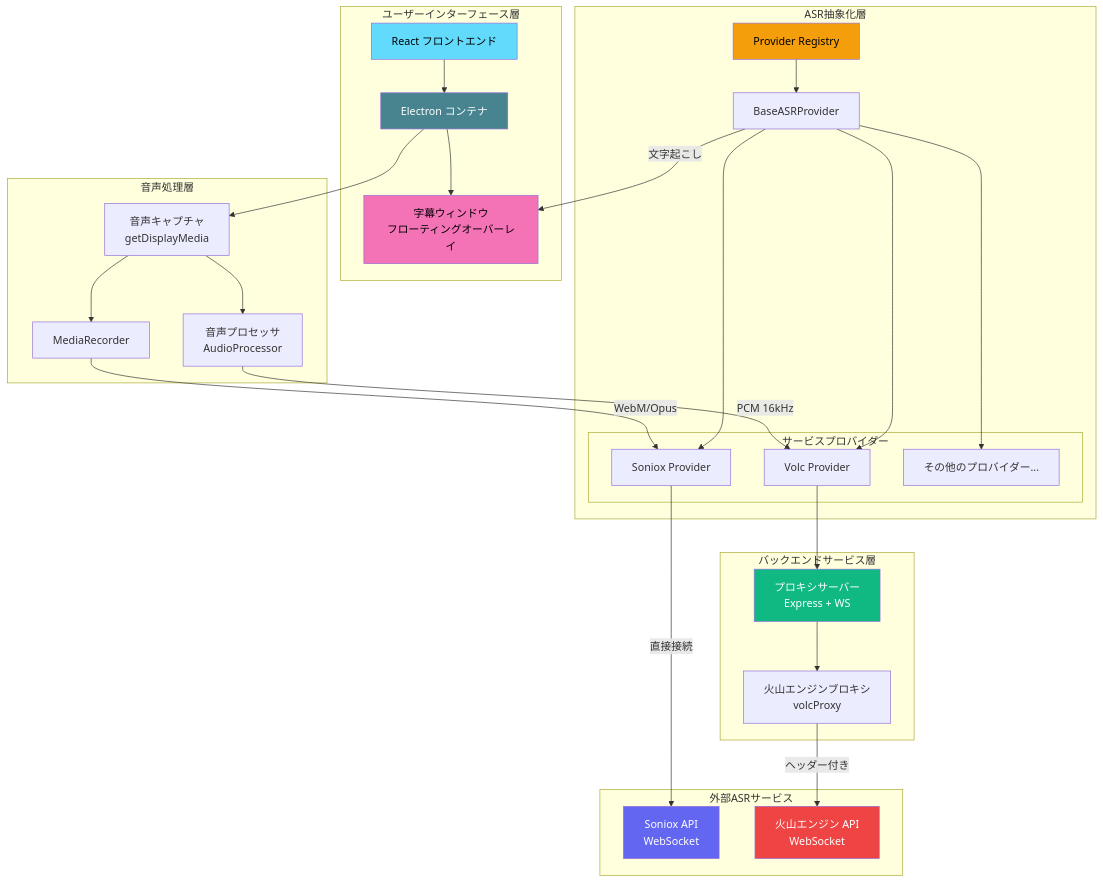
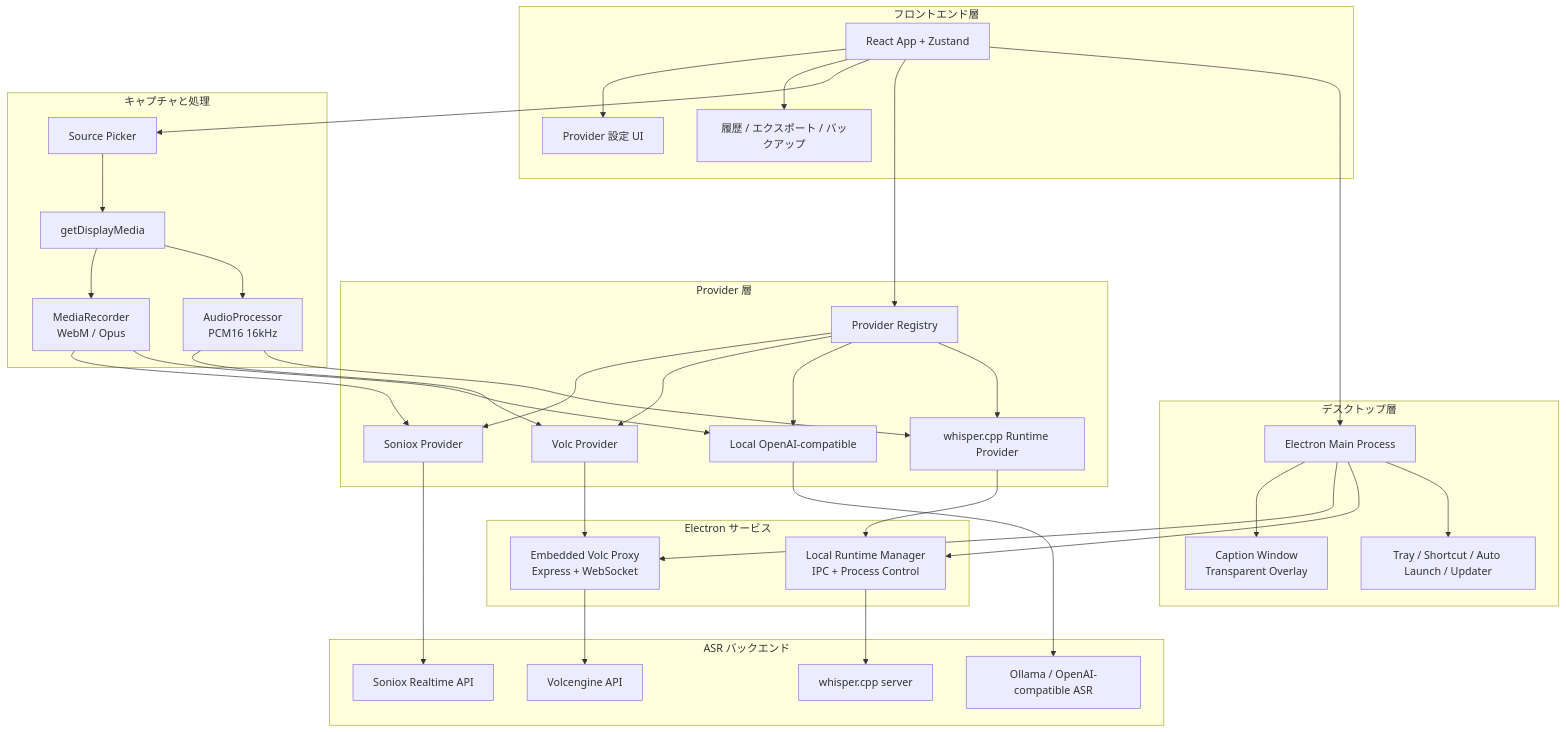
The diagram in README_JA.md (XimilalaXiang/DeLive), drawn with Mermaid before and after one commit. The commit also changed other lines of this file and 4 other files, not shown here.

````diff
--- a/README_JA.md
+++ b/README_JA.md
@@ -59,64 +40,72 @@
 ```mermaid
 graph TB
-    subgraph "ユーザーインターフェース層"
-        UI[React フロントエンド]
-        EC[Electron コンテナ]
-        CW[字幕ウィンドウ<br/>フローティングオーバーレイ]
+    subgraph "デスクトップ層"
+        EM[Electron Main Process]
+        CAP[Caption Window<br/>Transparent Overlay]
+        DESK[Tray / Shortcut / Auto Launch / Updater]
     end
-    
-    subgraph "音声処理層"
-        AC[音声キャプチャ<br/>getDisplayMedia]
-        AP[音声プロセッサ<br/>AudioProcessor]
-        MR[MediaRecorder]
+
+    subgraph "フロントエンド層"
+        UI[React App + Zustand]
+        CFG[Provider 設定 UI]
+        HIS[履歴 / エクスポート / バックアップ]
     end
-    
-    subgraph "ASR抽象化層"
-        PR[Provider Registry]
-        BP[BaseASRProvider]
-        
-        subgraph "サービスプロバイダー"
-            SP[Soniox Provider]
-            VP[Volc Provider]
-            MP[その他のプロバイダー...]
-        end
+
+    subgraph "キャプチャと処理"
+        SRC[Source Picker]
+        GDM[getDisplayMedia]
+        MR[MediaRecorder<br/>WebM / Opus]
+        AP[AudioProcessor<br/>PCM16 16kHz]
     end
-    
-    subgraph "バックエンドサービス層"
-        PS[プロキシサーバー<br/>Express + WS]
-        VC[火山エンジンブロキシ<br/>volcProxy]
+
+    subgraph "Provider 層"
+        REG[Provider Registry]
+        SON[Soniox Provider]
+        VOL[Volc Provider]
+        LOA[Local OpenAI-compatible]
+        WCP[whisper.cpp Runtime Provider]
     end
-    
-    subgraph "外部ASRサービス"
-        SONIOX[Soniox API<br/>WebSocket]
-        VOLC[火山エンジン API<br/>WebSocket]
+
+    subgraph "Electron サービス"
+        PROXY[Embedded Volc Proxy<br/>Express + WebSocket]
+        RTM[Local Runtime Manager<br/>IPC + Process Control]
     end
-    
-    UI --> EC
-    EC --> AC
-    EC --> CW
-    AC --> AP
-    AC --> MR
-    
-    AP -->|PCM 16kHz| VP
-    MR -->|WebM/Opus| SP
-    
-    PR --> BP
-    BP --> SP
-    BP --> VP
-    BP --> MP
-    
-    SP -->|直接接続| SONIOX
-    VP --> PS
-    PS --> VC
-    VC -->|ヘッダー付き| VOLC
-    
-    BP -->|文字起こし| CW
-    
-    style UI fill:#61dafb,color:#000
-    style EC fill:#47848f,color:#fff
-    style CW fill:#f472b6,color:#000
-    style PR fill:#f59e0b,color:#000
-    style PS fill:#10b981,color:#fff
-    style SONIOX fill:#6366f1,color:#fff
-    style VOLC fill:#ef4444,color:#fff
+
+    subgraph "ASR バックエンド"
+        SONIOX[Soniox Realtime API]
+        VOLC[Volcengine API]
+        OPENAI[Ollama / OpenAI-compatible ASR]
+        WHISPER[whisper.cpp server]
+    end
+
+    UI --> CFG
+    UI --> HIS
+    UI --> SRC
+    SRC --> GDM
+    GDM --> MR
+    GDM --> AP
+
+    UI --> REG
+    REG --> SON
+    REG --> VOL
+    REG --> LOA
+    REG --> WCP
+
+    MR --> SON
+    MR --> LOA
+    AP --> VOL
+    AP --> WCP
+
+    SON --> SONIOX
+    VOL --> PROXY
+    PROXY --> VOLC
+    LOA --> OPENAI
+    WCP --> RTM
+    RTM --> WHISPER
+
+    UI --> EM
+    EM --> CAP
+    EM --> PROXY
+    EM --> RTM
+    EM --> DESK
 ```
````
